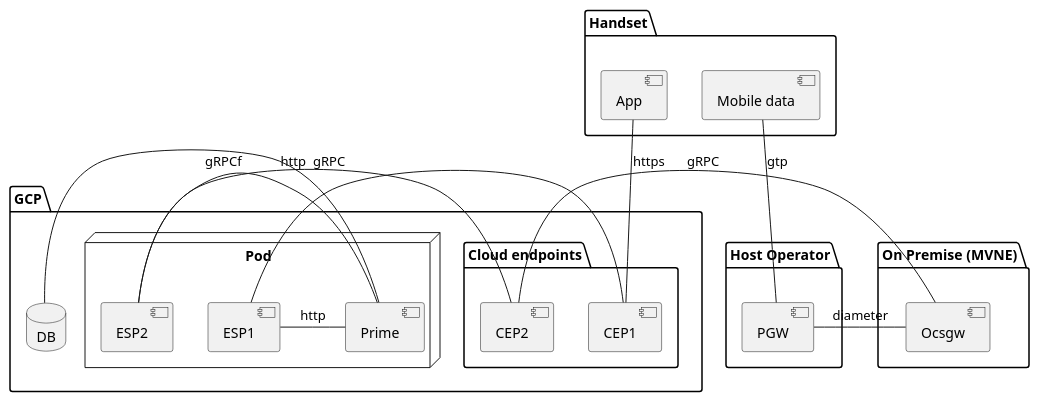
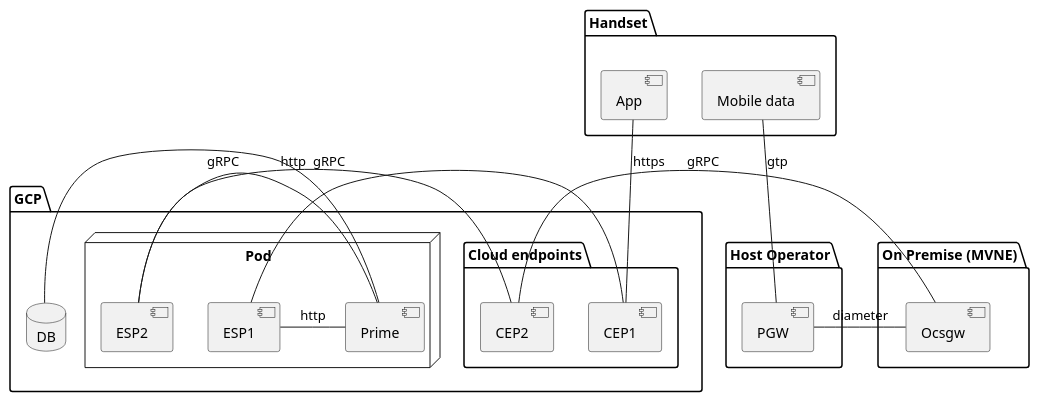
Before and after one commit to ostelco/ostelco-core: the diagram in docs/prod-deployment/deployment.puml, drawn with PlantUML.

```diff
--- a/docs/prod-deployment/deployment.puml
+++ b/docs/prod-deployment/deployment.puml
@@ -1,44 +1,44 @@
 @startuml
 
 package "Handset" {
   [App]
   [Mobile data]
 }
 
 
 package "Host Operator" {
   [PGW]
 }
 
 package "On Premise (MVNE)" {
  [Ocsgw]
 }
 
 
 package "GCP" {
 
  package "Cloud endpoints"{
    [CEP1]
    [CEP2]
  }
 
  database DB
   node "Pod" {
    [ESP1]
    [ESP2]
    [Prime]
  }
 }
 
 
 [Mobile data] -- [PGW] : gtp
 [App] - [CEP1] : https
 [CEP1] - [ESP1] : http
-[CEP2] - [ESP2]: gRPCf
+[CEP2] - [ESP2]: gRPC
 [PGW] - [Ocsgw]: diameter
 [Ocsgw] - [CEP2] : gRPC
 [ESP1] - [Prime] : http
 [ESP2] - [Prime] : gRPC
 [Prime] -  DB
 
 @enduml
```
